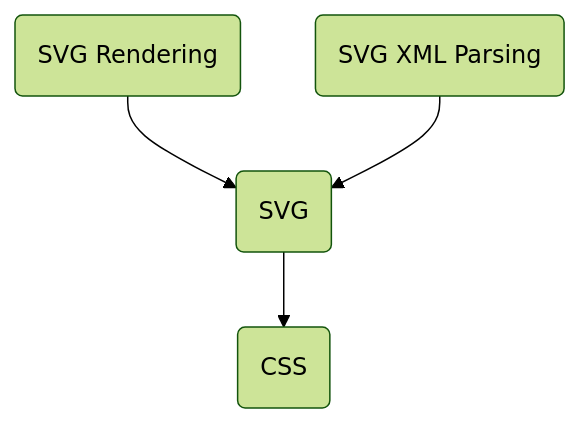
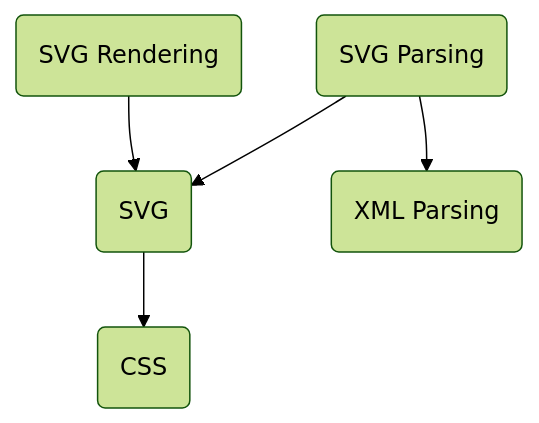
Before and after one commit to jwmcglynn/donner: the diagram in docs/api.md, drawn with Mermaid (forest theme). The commit also changed other lines of this file and 12 other files, not shown here.

````diff
--- a/docs/api.md
+++ b/docs/api.md
@@ -16,11 +17,13 @@
 ```mermaid
 flowchart TD
   SVG(SVG)
   CSS(CSS)
   Rendering(SVG Rendering)
-  XML(SVG XML Parsing)
+  SVGParsing(SVG Parsing)
+  XML(XML Parsing)
 
   SVG --> CSS
   Rendering --> SVG
-  XML --> SVG
+  SVGParsing --> SVG
+  SVGParsing --> XML
 ```
````
